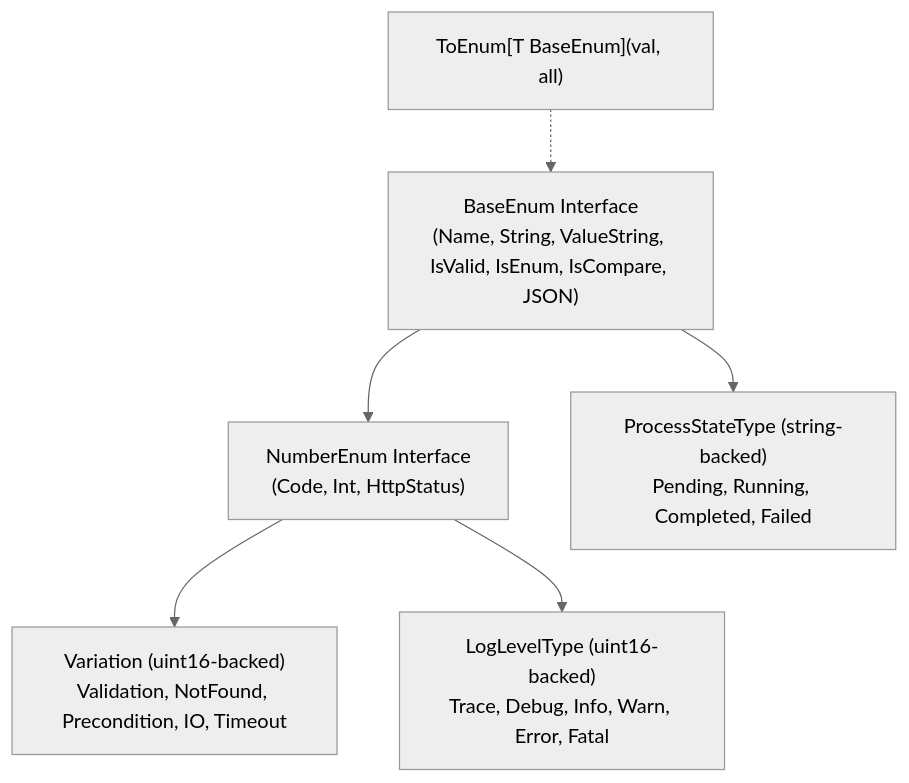
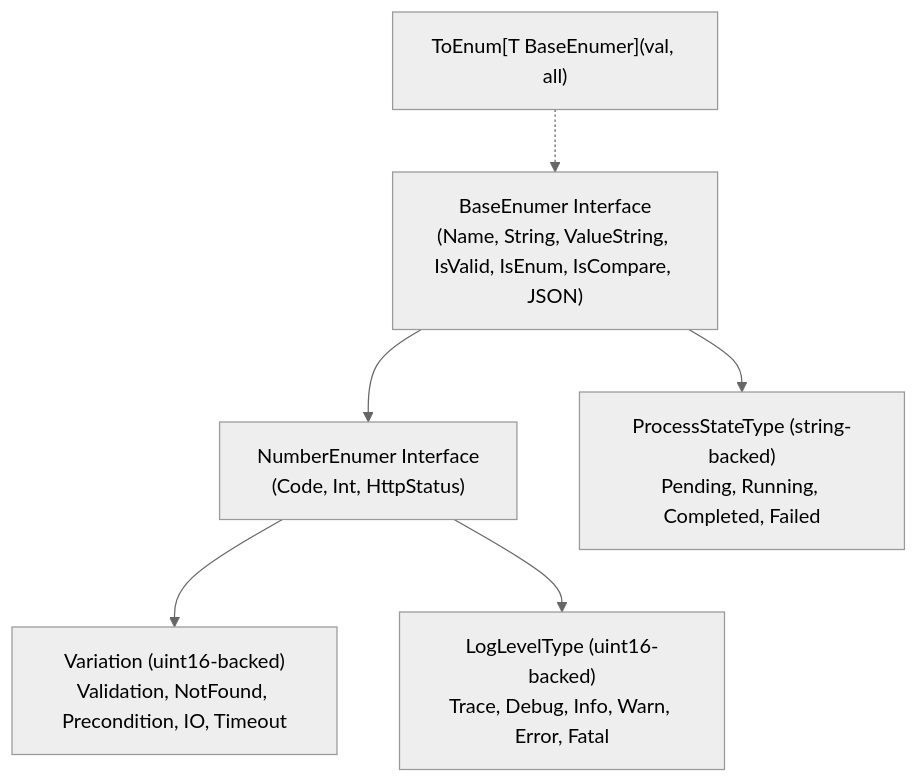
One commit to alimtvnetwork/gitmap-v28 changed the diagram in 04-code/golang/pkg/errtype/readme.md. Above: the diagram before and after it, drawn with Mermaid (neutral theme). The commit also changed other lines of this file and 14 other files, not shown here.

Commit message:
refactor(interface): enforce 'er' suffix convention on all Go interfaces

````diff
--- a/04-code/golang/pkg/errtype/readme.md
+++ b/04-code/golang/pkg/errtype/readme.md
@@ -30,13 +30,13 @@
 ```mermaid
 flowchart TD
-    BaseInterface["BaseEnum Interface\n(Name, String, ValueString, IsValid, IsEnum, IsCompare, JSON)"]
-    NumberInterface["NumberEnum Interface\n(Code, Int, HttpStatus)"]
+    BaseInterface["BaseEnumer Interface\n(Name, String, ValueString, IsValid, IsEnum, IsCompare, JSON)"]
+    NumberInterface["NumberEnumer Interface\n(Code, Int, HttpStatus)"]
     
     BaseInterface --> NumberInterface
     
     BaseInterface --> ProcessState["ProcessStateType (string-backed)\nPending, Running, Completed, Failed"]
     NumberInterface --> ErrorVariation["Variation (uint16-backed)\nValidation, NotFound, Precondition, IO, Timeout"]
     NumberInterface --> LogLevel["LogLevelType (uint16-backed)\nTrace, Debug, Info, Warn, Error, Fatal"]
     
-    GenericHelper["ToEnum[T BaseEnum](val, all)"] -.-> BaseInterface
+    GenericHelper["ToEnum[T BaseEnumer](val, all)"] -.-> BaseInterface
 ```
````
